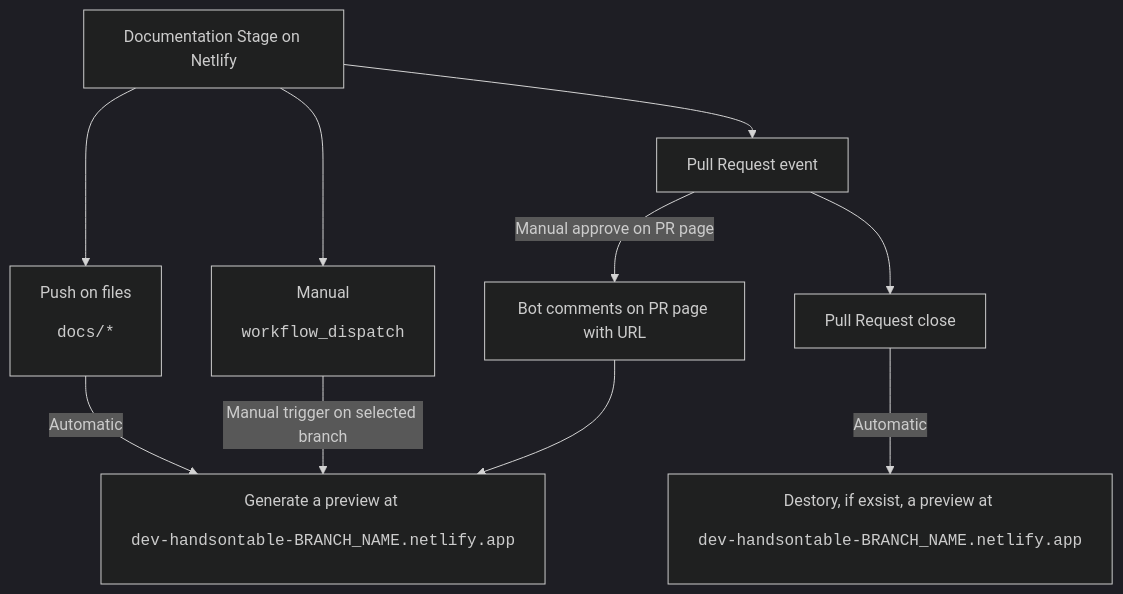
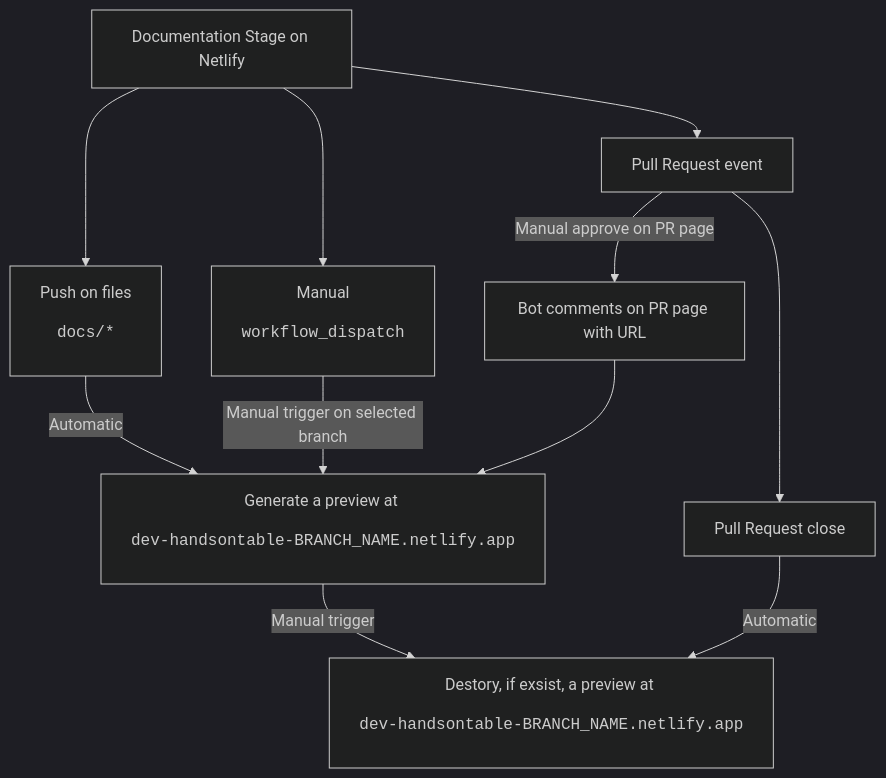
One commit to handsontable/handsontable changed the diagram in docs/README-DEPLOYMENT.md. Above: the diagram before and after it, drawn with Mermaid (dark theme). The commit also changed 1 other file, not shown here.

Commit message:
fixing ?pageId redirect

````diff
--- a/docs/README-DEPLOYMENT.md
+++ b/docs/README-DEPLOYMENT.md
@@ -30,18 +30,19 @@
 ```mermaid
 flowchart TD
     Docs[Documentation Stage on Netlify]
     Push[Push on files <pre>docs/*</pre>]
     Manual[Manual <pre>workflow_dispatch</pre>]
     PullRequest[Pull Request event] 
     PullRequestClose[Pull Request close]
     Generate[Generate a preview at <pre>dev-handsontable-BRANCH_NAME.netlify.app</pre>]
     Destory[Destory, if exsist, a preview at <pre>dev-handsontable-BRANCH_NAME.netlify.app</pre>]
     Push -->|Automatic| Generate
     Manual -->|Manual trigger on selected branch| Generate
     PullRequest --> |Manual approve on PR page| Comment[Bot comments on PR page with URL]  --> Generate
     PullRequestClose --> |Automatic| Destory    
+    Generate -->|Manual trigger| Destory
     Docs --> Push
     Docs --> Manual
     Docs --> PullRequest
-    PullRequest --> PullRequestClose    
+    PullRequest --> PullRequestClose  
 ```
````
